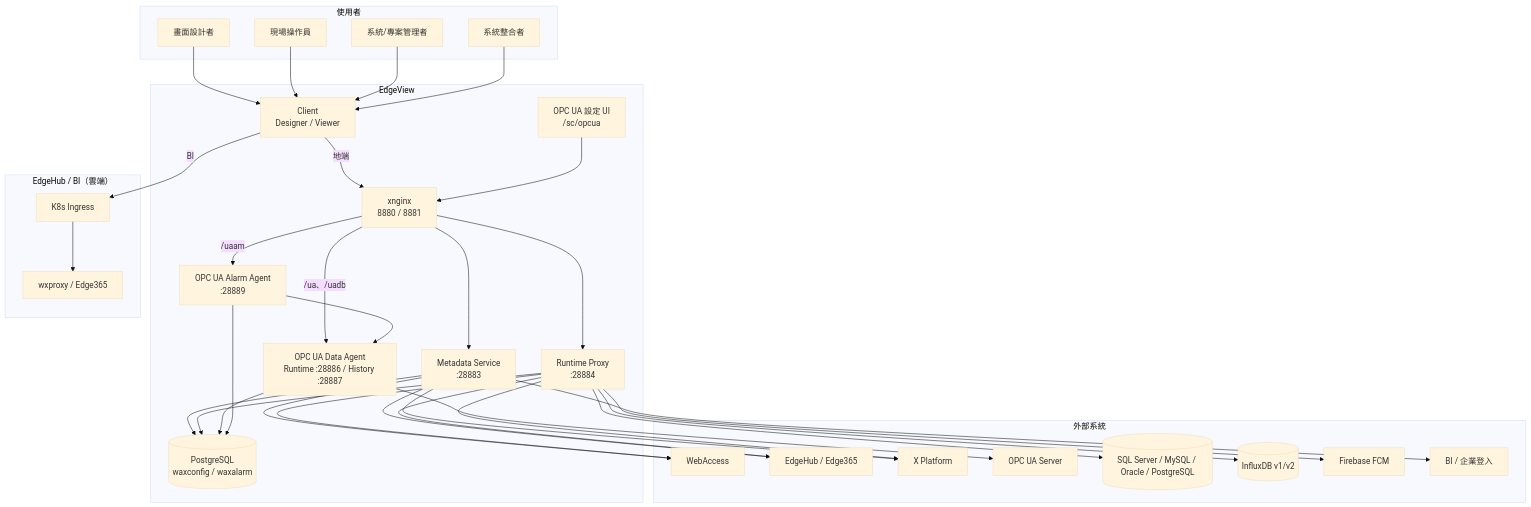
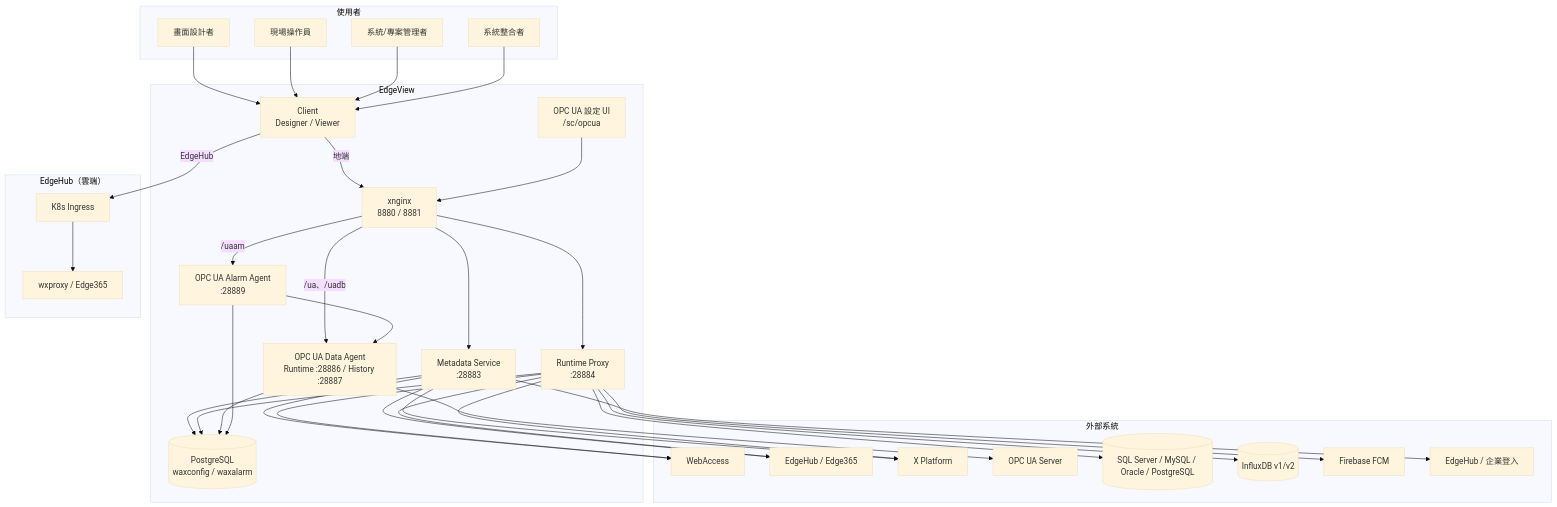
Before and after one commit to PochengChen-del/EdgeViewDoc: the diagram in SRS/02_Overall_Description.md, drawn with Mermaid (base theme). The commit also changed other lines of this file and 16 other files, not shown here.

Commit message:
文件中 BI 產品名更改為 EdgeHub

````diff
--- a/SRS/02_Overall_Description.md
+++ b/SRS/02_Overall_Description.md
@@ -13,65 +13,65 @@
 ```mermaid
 flowchart TB
     subgraph Users["使用者"]
         Designer[畫面設計者]
         Operator[現場操作員]
         Admin[系統/專案管理者]
         Integrator[系統整合者]
     end
 
     subgraph EdgeView["EdgeView"]
         Client[Client<br/>Designer / Viewer]
         NG[xnginx<br/>8880 / 8881]
         Meta[Metadata Service<br/>:28883]
         Proxy[Runtime Proxy<br/>:28884]
         Agent[OPC UA Data Agent<br/>Runtime :28886 / History :28887]
         Alarm[OPC UA Alarm Agent<br/>:28889]
         UI[OPC UA 設定 UI<br/>/sc/opcua]
         DB[(PostgreSQL<br/>waxconfig / waxalarm)]
         Client -->|地端| NG
         UI --> NG
         NG --> Meta
         NG --> Proxy
         NG -->|/ua、/uadb| Agent
         NG -->|/uaam| Alarm
         Meta --> DB
         Proxy --> DB
         Agent --> DB
         Alarm --> DB
     end
 
-    subgraph Cloud["EdgeHub / BI（雲端）"]
+    subgraph Cloud["EdgeHub（雲端）"]
         ING[K8s Ingress]
         CloudSvc[wxproxy / Edge365]
         ING --> CloudSvc
     end
-    Client -->|BI| ING
+    Client -->|EdgeHub| ING
 
     subgraph External["外部系統"]
         WA[WebAccess]
         EH[EdgeHub / Edge365]
         X[X Platform]
         OPC[OPC UA Server]
         SQL[(SQL Server / MySQL / Oracle / PostgreSQL)]
         Influx[(InfluxDB v1/v2)]
         FCM[Firebase FCM]
-        IdP[BI / 企業登入]
+        IdP[EdgeHub / 企業登入]
     end
 
     Designer --> Client
     Operator --> Client
     Admin --> Client
     Integrator --> Client
     Meta --> WA
     Meta --> EH
     Meta --> X
     Meta --> IdP
     Proxy --> WA
     Proxy --> EH
     Proxy --> X
     Proxy --> SQL
     Proxy --> Influx
     Proxy --> FCM
     Agent --> OPC
     Alarm --> Agent
 ```
````
